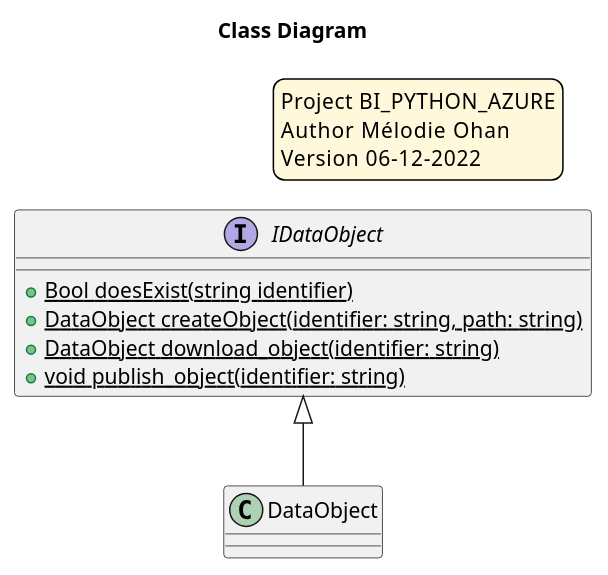
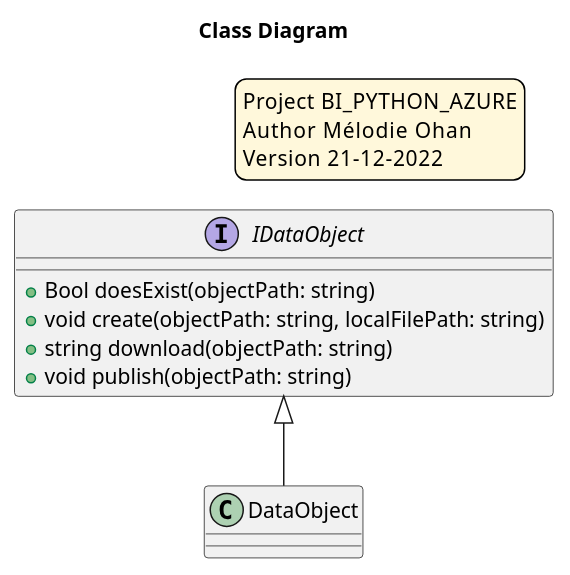
Before and after one commit to CPNV-ES-BI/BI_PYTHON_AZURE: the diagram in doc/class_diagram.puml, drawn with PlantUML. The commit also changed 1 other file, not shown here.

Commit message:
Correct the class diagram

```diff
--- a/doc/class_diagram.puml
+++ b/doc/class_diagram.puml
@@ -1,24 +1,24 @@
 @startuml
 
 skinparam legendBackgroundColor #fff8db
 
 legend top right
     Project   BI_PYTHON_AZURE
     Author    Mélodie Ohan
-    Version   06-12-2022
+    Version   21-12-2022
 endlegend
 
 title Class Diagram
 
 Interface IDataObject {
-  +{static} Bool doesExist(string identifier)
-  +{static} DataObject createObject(identifier: string, path: string)
-  +{static} DataObject download_object(identifier: string)
-  +{static} void publish_object(identifier: string)
+  + Bool doesExist(objectPath: string)
+  + void create(objectPath: string, localFilePath: string)
+  + string download(objectPath: string)
+  + void publish(objectPath: string)
 }
 
 Class DataObject
 
 IDataObject <|-- DataObject
 
 @enduml
```
